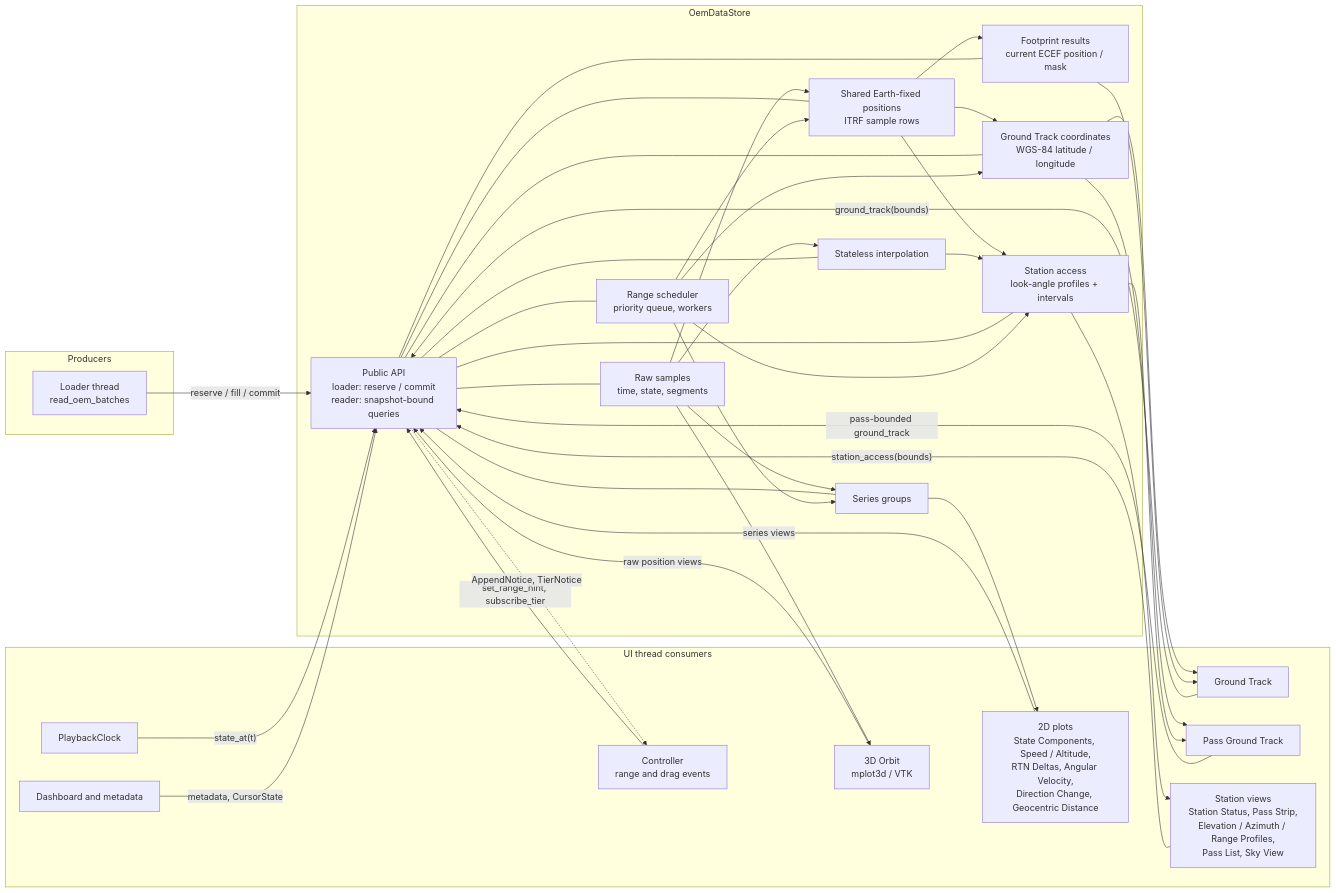
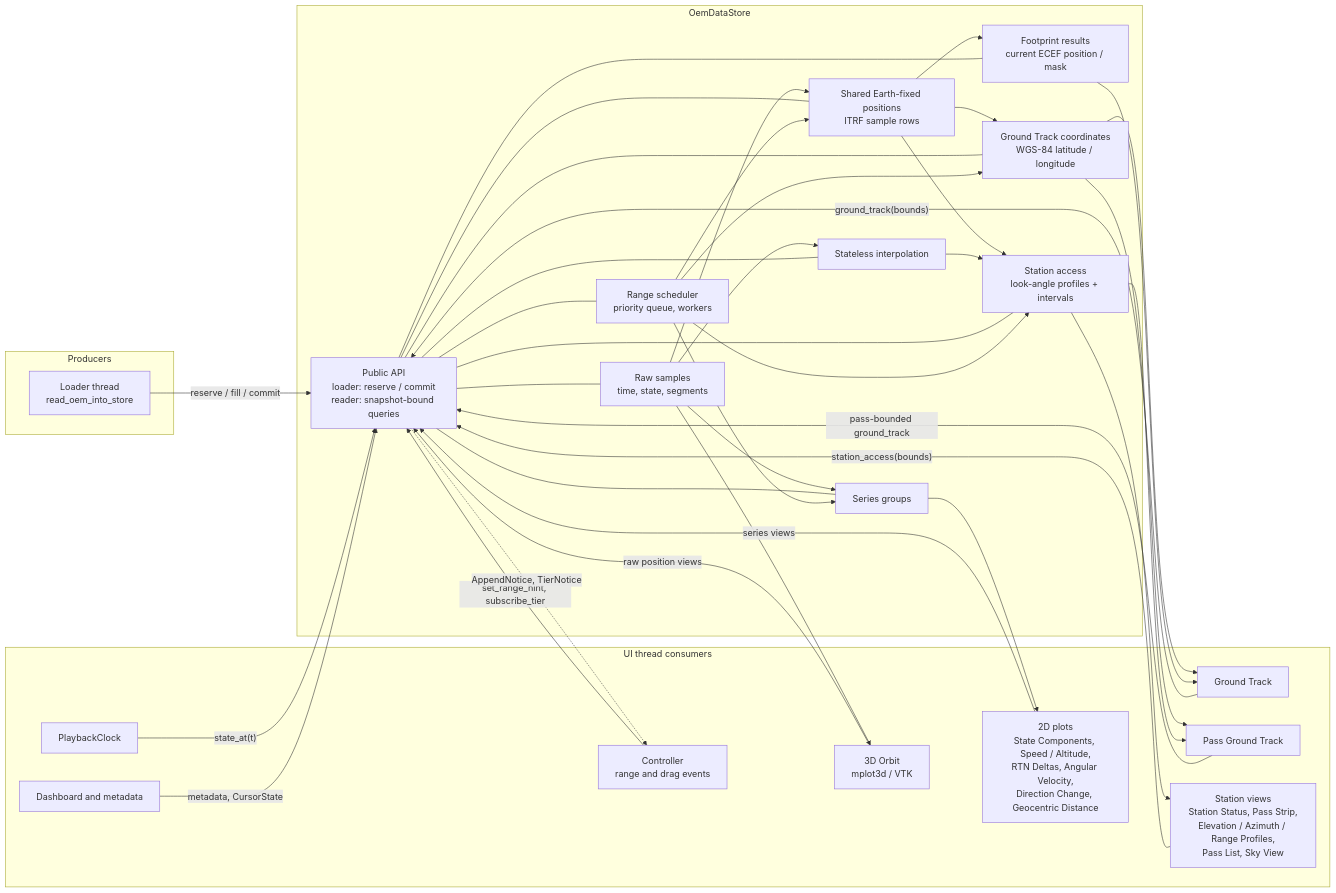
Before and after one commit to jeongyunl/ephem-toolkit: the second of 7 diagrams in docs/architecture/play-oem/PLAY_OEM_DATA_STORE_SOFTWARE_DESIGN.md, drawn with Mermaid. The commit also changed other lines of this file and 17 other files, not shown here.

Commit message:
OemDataStore: Remove `AppendablePlaybackData`, `PreparedPlaybackBatch`, `IncrementalPlaybackPreparer`

````diff
--- a/docs/architecture/play-oem/PLAY_OEM_DATA_STORE_SOFTWARE_DESIGN.md
+++ b/docs/architecture/play-oem/PLAY_OEM_DATA_STORE_SOFTWARE_DESIGN.md
@@ -197,63 +195,63 @@
 ```mermaid
 flowchart LR
     subgraph PRODUCERS["Producers"]
-        LOADER["Loader thread<br/>read_oem_batches"]
+        LOADER["Loader thread<br/>read_oem_into_store"]
     end
     subgraph UI["UI thread consumers"]
         CTRL["Controller<br/>range and drag events"]
         CLOCK["PlaybackClock"]
         V2D["2D plots<br/>State Components, Speed / Altitude,<br/>RTN Deltas, Angular Velocity,<br/>Direction Change, Geocentric Distance"]
         V3D["3D Orbit<br/>mplot3d / VTK"]
         VGT["Ground Track"]
         VPGT["Pass Ground Track"]
         VACC["Station views<br/>Station Status, Pass Strip,<br/>Elevation / Azimuth / Range Profiles,<br/>Pass List, Sky View"]
         DASH["Dashboard and metadata"]
     end
     subgraph STORE["OemDataStore"]
         API["Public API<br/>loader: reserve / commit<br/>reader: snapshot-bound queries"]
         RAW["Raw samples<br/>time, state, segments"]
         INTERP["Stateless interpolation"]
         SER["Series groups"]
         EF["Shared Earth-fixed positions<br/>ITRF sample rows"]
         GT["Ground Track coordinates<br/>WGS-84 latitude / longitude"]
         FOOT["Footprint results<br/>current ECEF position / mask"]
         ACC["Station access<br/>look-angle profiles + intervals"]
         SCHED["Range scheduler<br/>priority queue, workers"]
         RAW --> INTERP
         RAW --> SER
         RAW --> EF
         EF --> GT
         EF --> FOOT
         EF --> ACC
         INTERP --> ACC
         API --- RAW
         API --- INTERP
         API --- SER
         API --- EF
         API --- GT
         API --- FOOT
         API --- ACC
         API --- SCHED
         SCHED --> SER
         SCHED --> EF
         SCHED --> GT
         SCHED --> ACC
     end
     LOADER -->|"reserve / fill / commit"| API
     CTRL -->|"set_range_hint, subscribe_tier"| API
     CLOCK -->|"state_at(t)"| API
     API -.->|"AppendNotice, TierNotice"| CTRL
     V2D -->|"series views"| API
     V3D -->|"raw position views"| API
     VGT -->|"ground_track(bounds)"| API
     VPGT -->|"pass-bounded ground_track"| API
     VACC -->|"station_access(bounds)"| API
     DASH -->|"metadata, CursorState"| API
     SER --> V2D
     RAW --> V3D
     GT --> VGT
     GT --> VPGT
     FOOT --> VGT
     ACC --> VACC
     ACC --> VPGT
 ```
````
